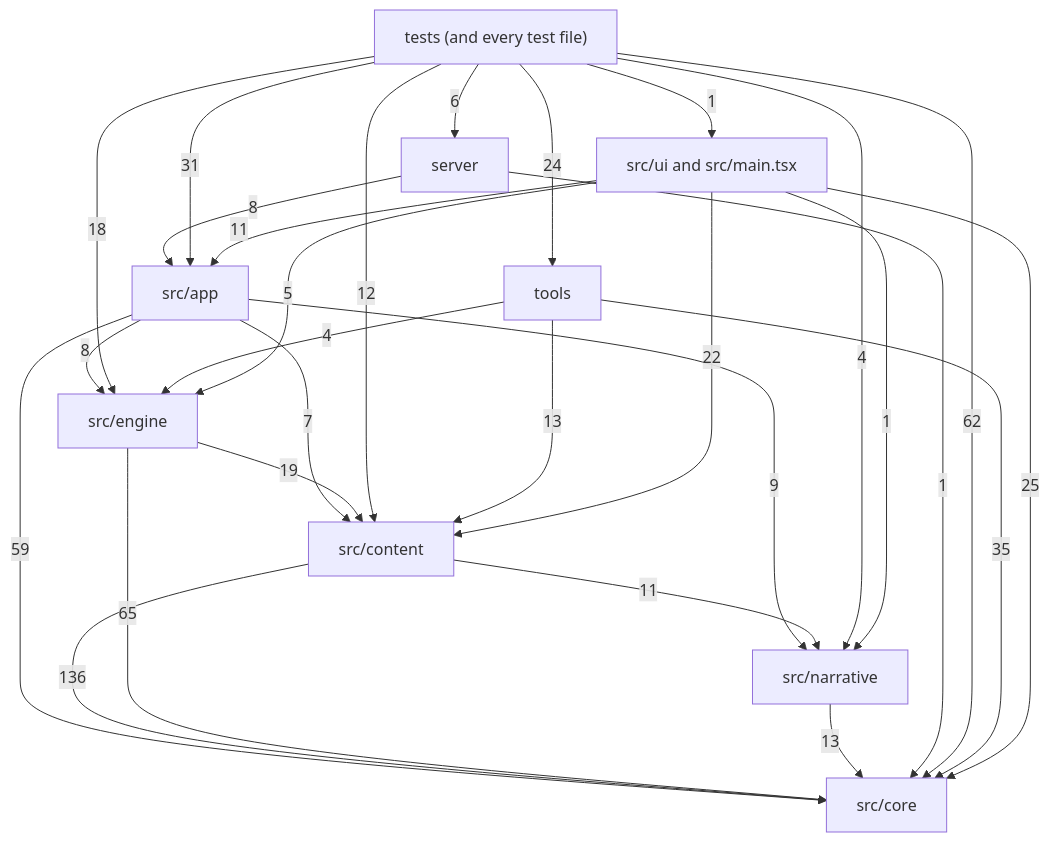
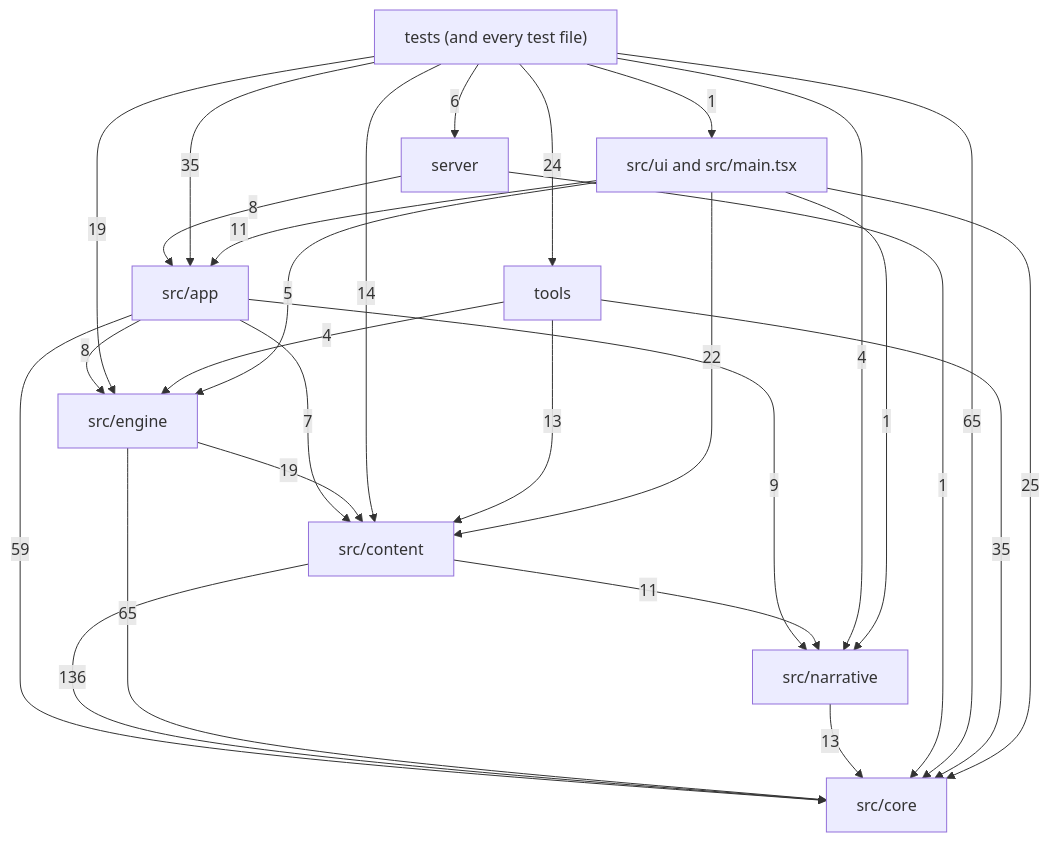
Before and after one commit to OrangeB0lt/Cyber-funk: the diagram in docs/reference/code-map/README.md, drawn with Mermaid. The commit also changed other lines of this file and 7 other files, not shown here.

````diff
--- a/docs/reference/code-map/README.md
+++ b/docs/reference/code-map/README.md
@@ -29,39 +29,39 @@
 ```mermaid
 flowchart TD
   core["src/core"]
   narrative["src/narrative"]
   content["src/content"]
   engine["src/engine"]
   app["src/app"]
   ui["src/ui and src/main.tsx"]
   server["server"]
   tools["tools"]
   tests["tests (and every test file)"]
   app -->|7| content
   app -->|59| core
   app -->|8| engine
   app -->|9| narrative
   content -->|136| core
   content -->|11| narrative
   engine -->|19| content
   engine -->|65| core
   narrative -->|13| core
   server -->|8| app
   server -->|1| core
-  tests -->|31| app
-  tests -->|12| content
-  tests -->|62| core
-  tests -->|18| engine
+  tests -->|35| app
+  tests -->|14| content
+  tests -->|65| core
+  tests -->|19| engine
   tests -->|4| narrative
   tests -->|6| server
   tests -->|24| tools
   tests -->|1| ui
   tools -->|13| content
   tools -->|35| core
   tools -->|4| engine
   ui -->|11| app
   ui -->|22| content
   ui -->|25| core
   ui -->|5| engine
   ui -->|1| narrative
 ```
````
